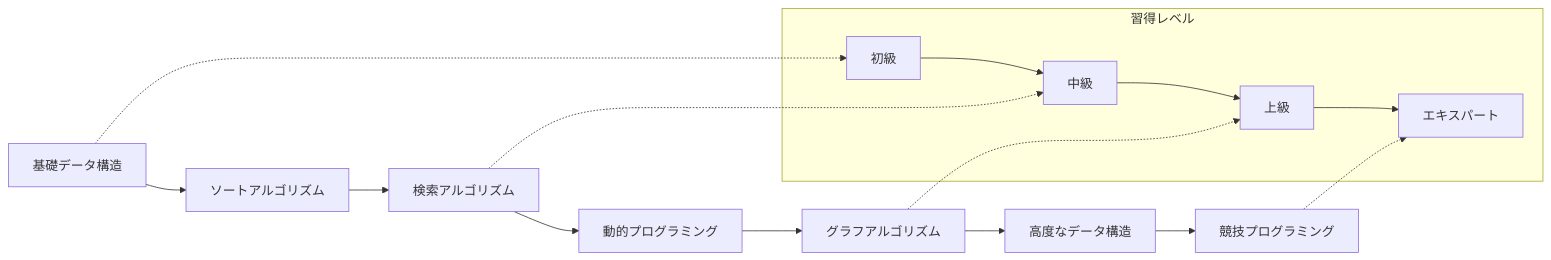
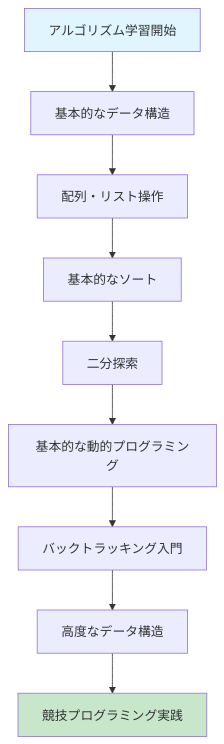
Before and after one commit to myoshi2891/Algorithm-DataStructures-Math-SQL: the tenth of 11 diagrams in README.md, drawn with Mermaid. The commit also changed other lines of this file, not shown here.

````diff
--- a/README.md
+++ b/README.md
@@ -419,20 +287,14 @@
 ```mermaid
-graph LR
-    A[基礎データ構造] --> B[ソートアルゴリズム]
-    B --> C[検索アルゴリズム]
-    C --> D[動的プログラミング]
-    D --> E[グラフアルゴリズム]
-    E --> F[高度なデータ構造]
-    F --> G[競技プログラミング]
+graph TD
+    A[アルゴリズム学習開始] --> B[基本的なデータ構造]
+    B --> C[配列・リスト操作]
+    C --> D[基本的なソート]
+    D --> E[二分探索]
+    E --> F[基本的な動的プログラミング]
+    F --> G[バックトラッキング入門]
+    G --> H[高度なデータ構造]
+    H --> I[競技プログラミング実践]
     
-    subgraph "習得レベル"
-    L1[初級] --> L2[中級]
-    L2 --> L3[上級]
-    L3 --> L4[エキスパート]
-    end
-    
-    A -.-> L1
-    C -.-> L2
-    E -.-> L3
-    G -.-> L4
+    style A fill:#e1f5fe
+    style I fill:#c8e6c9
 ```
````
